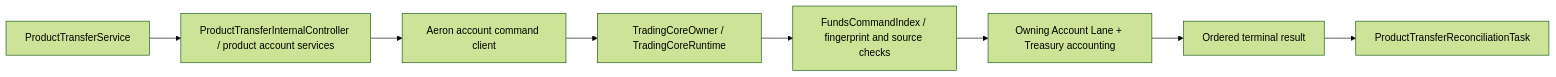
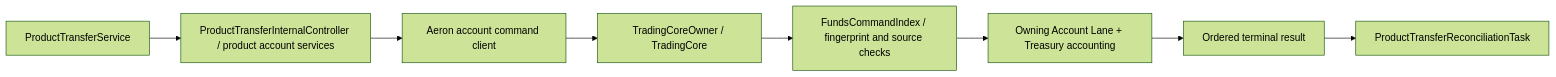
Before and after one commit to lilaizhencn/surprising-ex: diagram 11 of 15 in README.md, drawn with Mermaid (forest theme). The commit also changed other lines of this file and 329 other files, not shown here.

````diff
--- a/README.md
+++ b/README.md
@@ -273,10 +273,10 @@
 ```mermaid
 flowchart LR
     Transfer[ProductTransferService] --> Product[ProductTransferInternalController / product account services]
     Product --> Client[Aeron account command client]
-    Client --> Core[TradingCoreOwner / TradingCoreRuntime]
+    Client --> Core[TradingCoreOwner / TradingCore]
     Core --> Identity[FundsCommandIndex / fingerprint and source checks]
     Identity --> Account[Owning Account Lane + Treasury accounting]
     Account --> Commit[Ordered terminal result]
     Commit --> Reconcile[ProductTransferReconciliationTask]
 ```
````
